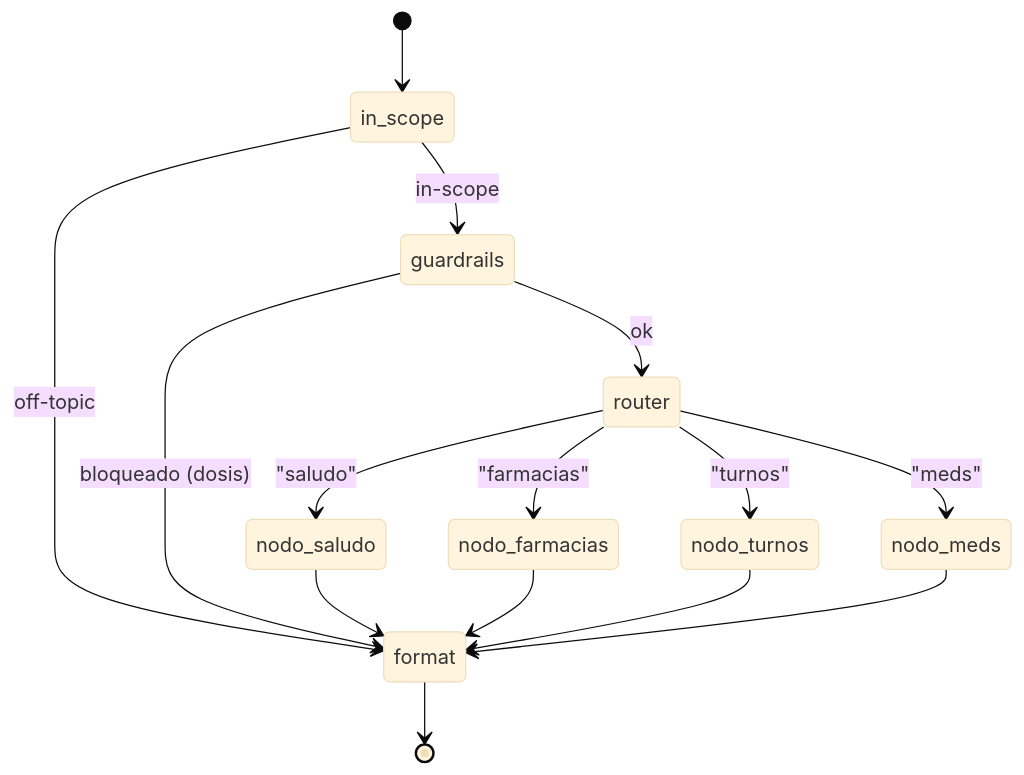
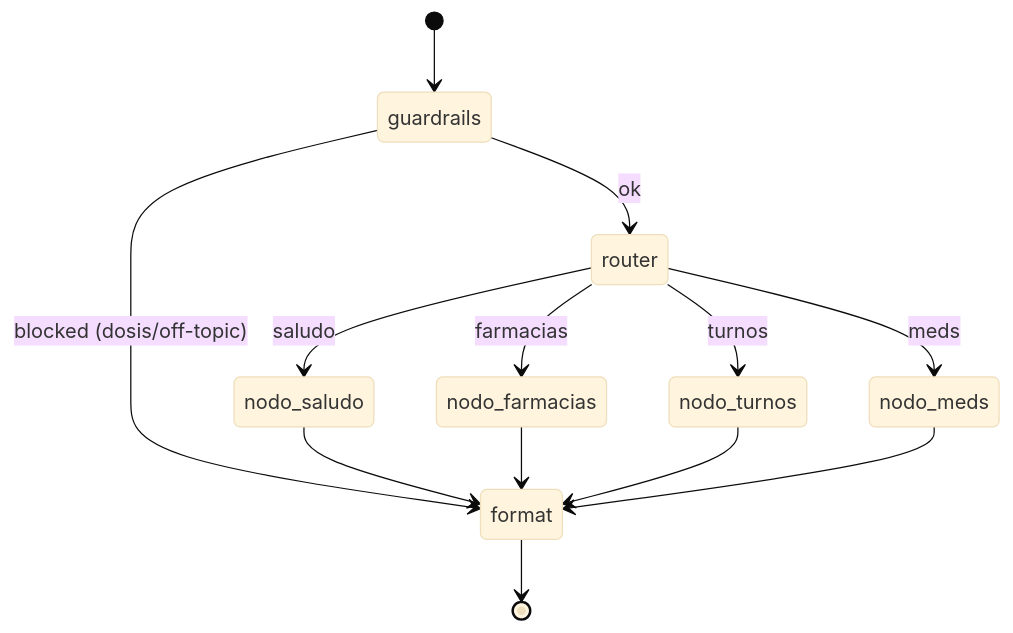
Before and after one commit to lastra00/medical-assistant: the third of 3 diagrams in README.md, drawn with Mermaid (base theme). The commit also changed other lines of this file, not shown here.

````diff
--- a/README.md
+++ b/README.md
@@ -84,17 +138,15 @@
 ```mermaid
 stateDiagram-v2
-  [*] --> in_scope
-  in_scope --> format: off-topic
-  in_scope --> guardrails: in-scope
-  guardrails --> format: bloqueado (dosis)
+  [*] --> guardrails
+  guardrails --> format: blocked (dosis/off-topic)
   guardrails --> router: ok
-  router --> nodo_saludo: "saludo"
-  router --> nodo_farmacias: "farmacias"
-  router --> nodo_turnos: "turnos"
-  router --> nodo_meds: "meds"
+  router --> nodo_saludo: saludo
+  router --> nodo_farmacias: farmacias
+  router --> nodo_turnos: turnos
+  router --> nodo_meds: meds
   nodo_saludo --> format
   nodo_farmacias --> format
   nodo_turnos --> format
   nodo_meds --> format
   format --> [*]
 ```
````
